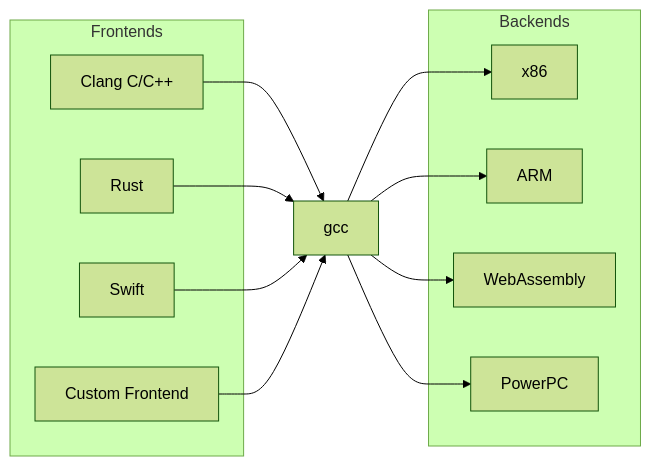
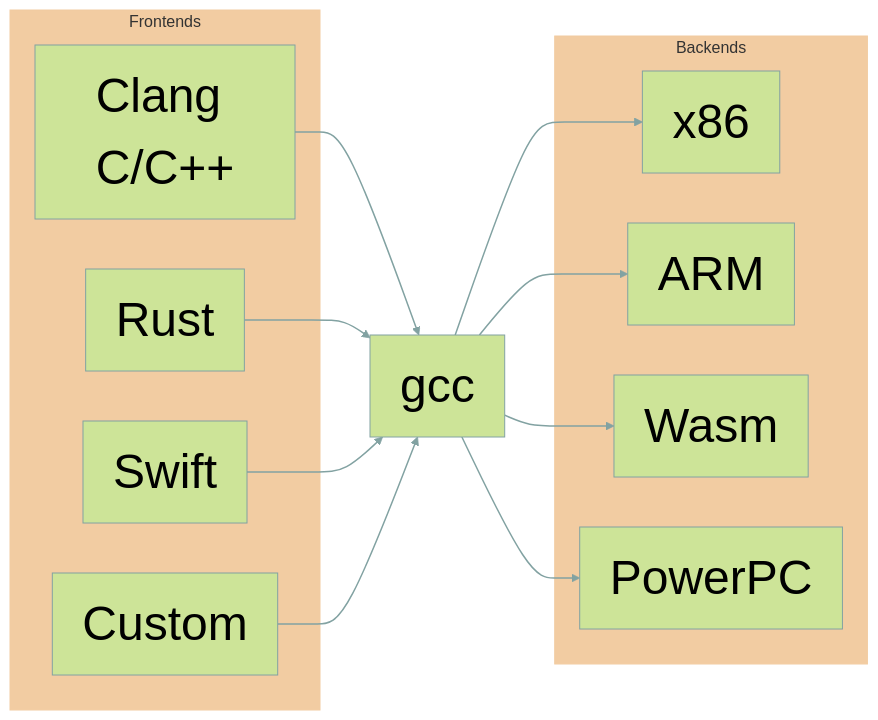
Before and after one commit to unitaryfund/ucc-fosdem: the fourth of 4 diagrams in ucc.qmd, drawn with Mermaid (forest theme). The commit also changed other lines of this file and 4 other files, not shown here.

Commit message:
better diagrams

````diff
--- a/ucc.qmd
+++ b/ucc.qmd
@@ -187,28 +241,46 @@
 ```{mermaid}
 graph LR
+    style Frontends fill:#F2CCA2,stroke:#F2CCA2
+    style Backends fill:#F2CCA2,stroke:#F2CCA2
+
+    style A stroke:#82A2A2,color:black
+    style B stroke:#82A2A2,color:black
+    style C stroke:#82A2A2,color:black
+    style D stroke:#82A2A2,color:black
+    style E stroke:#82A2A2,color:black
+
+    style H stroke:#82A2A2,color:black
+    style I stroke:#82A2A2,color:black
+    style J stroke:#82A2A2,color:black
+    style K stroke:#82A2A2,color:black
+
+    linkStyle default stroke:#82A2A2,stroke-width:1.5
+    classDef largeFont font-size:48px;
+    class A,B,C,D,E,H,I,J,K largeFont
+
     subgraph Frontends
         A[Clang C/C++]
         B[Rust]
         C[Swift]
-        D[Custom Frontend]
+        D[Custom]
     end
 
     E[gcc]
 
     subgraph Backends
         H[x86]
         I[ARM]
-        J[WebAssembly]
+        J[Wasm]
         K[PowerPC]
     end
 
     A --> E
     B --> E
     C --> E
     D --> E
 
     E --> H
     E --> I
     E --> J
     E --> K
 ```
````
